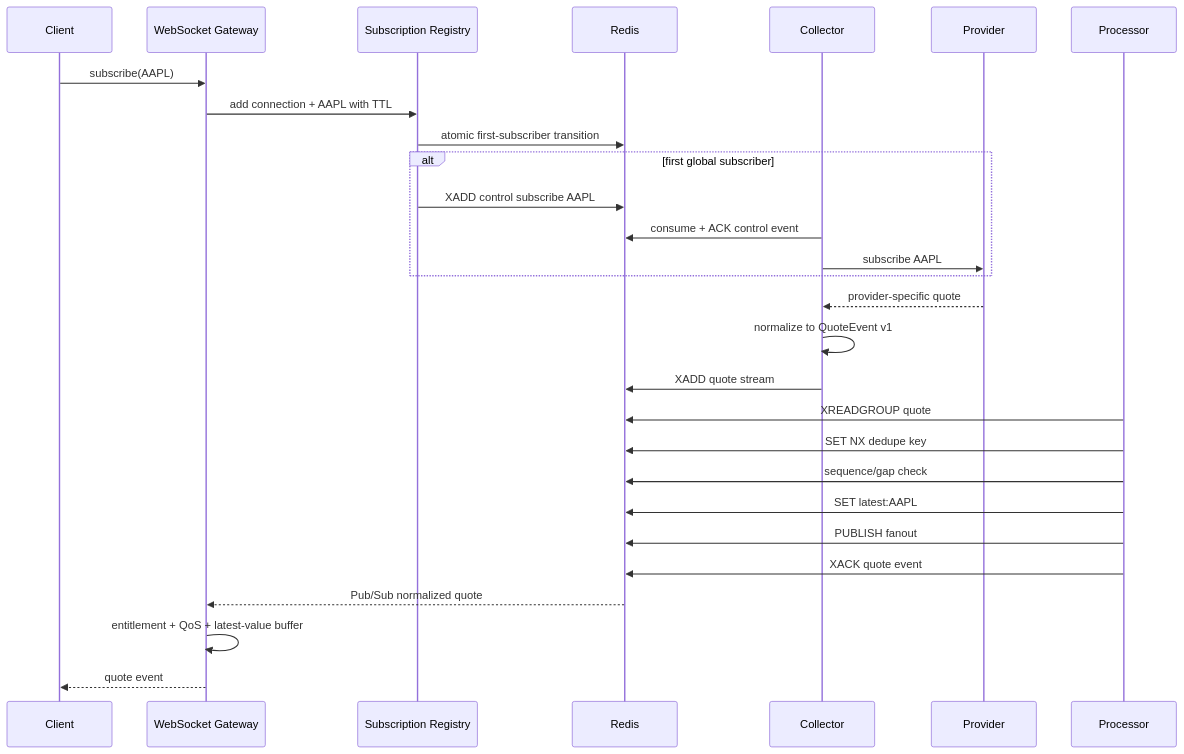
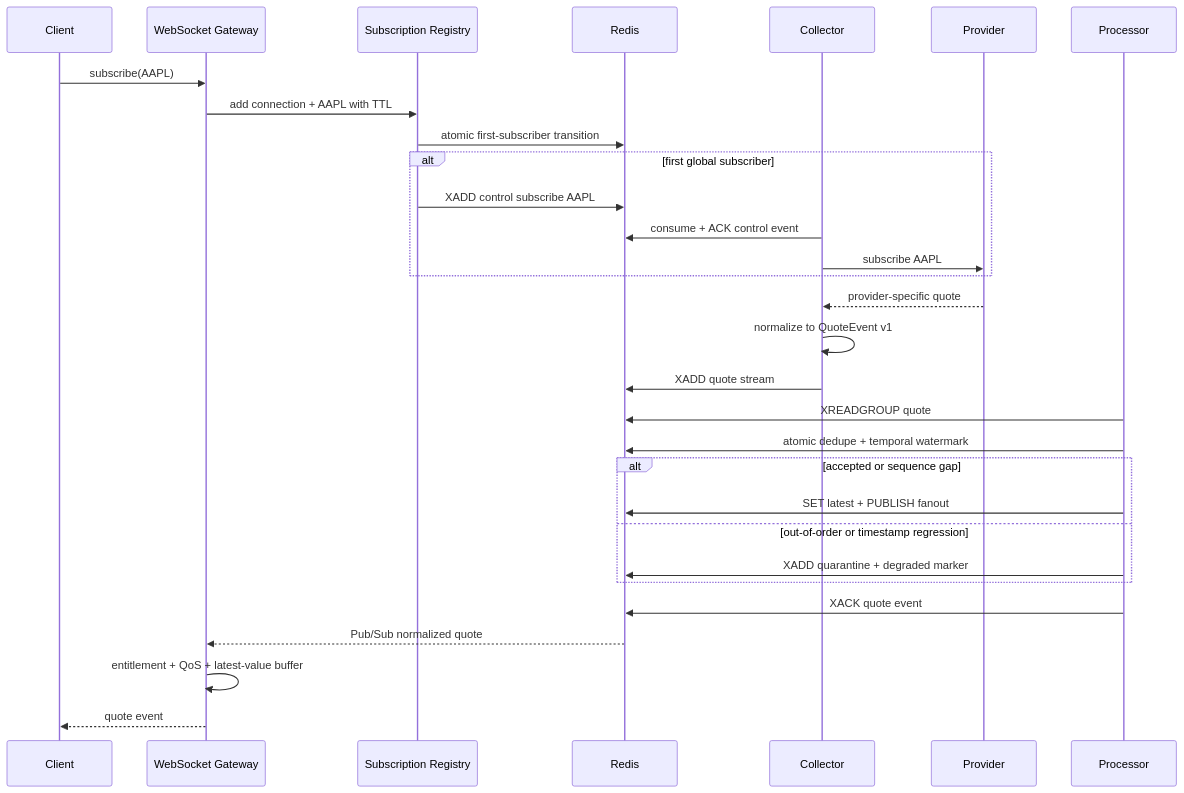
Before and after one commit to safal207/smart-market-data-gateway: the diagram in docs/architecture/quote-flow.md, drawn with Mermaid. The commit also changed other lines of this file and 80 other files, not shown here.

Commit message:
feat: add market chart reference engine

````diff
--- a/docs/architecture/quote-flow.md
+++ b/docs/architecture/quote-flow.md
@@ -3,32 +3,34 @@
 ```mermaid
 sequenceDiagram
     participant Client
     participant API as WebSocket Gateway
     participant Registry as Subscription Registry
     participant Redis
     participant Collector
     participant Provider
     participant Processor
 
     Client->>API: subscribe(AAPL)
     API->>Registry: add connection + AAPL with TTL
     Registry->>Redis: atomic first-subscriber transition
     alt first global subscriber
         Registry->>Redis: XADD control subscribe AAPL
         Collector->>Redis: consume + ACK control event
         Collector->>Provider: subscribe AAPL
     end
 
     Provider-->>Collector: provider-specific quote
     Collector->>Collector: normalize to QuoteEvent v1
     Collector->>Redis: XADD quote stream
     Processor->>Redis: XREADGROUP quote
-    Processor->>Redis: SET NX dedupe key
-    Processor->>Redis: sequence/gap check
-    Processor->>Redis: SET latest:AAPL
-    Processor->>Redis: PUBLISH fanout
+    Processor->>Redis: atomic dedupe + temporal watermark
+    alt accepted or sequence gap
+        Processor->>Redis: SET latest + PUBLISH fanout
+    else out-of-order or timestamp regression
+        Processor->>Redis: XADD quarantine + degraded marker
+    end
     Processor->>Redis: XACK quote event
     Redis-->>API: Pub/Sub normalized quote
     API->>API: entitlement + QoS + latest-value buffer
     API-->>Client: quote event
 ```
````
